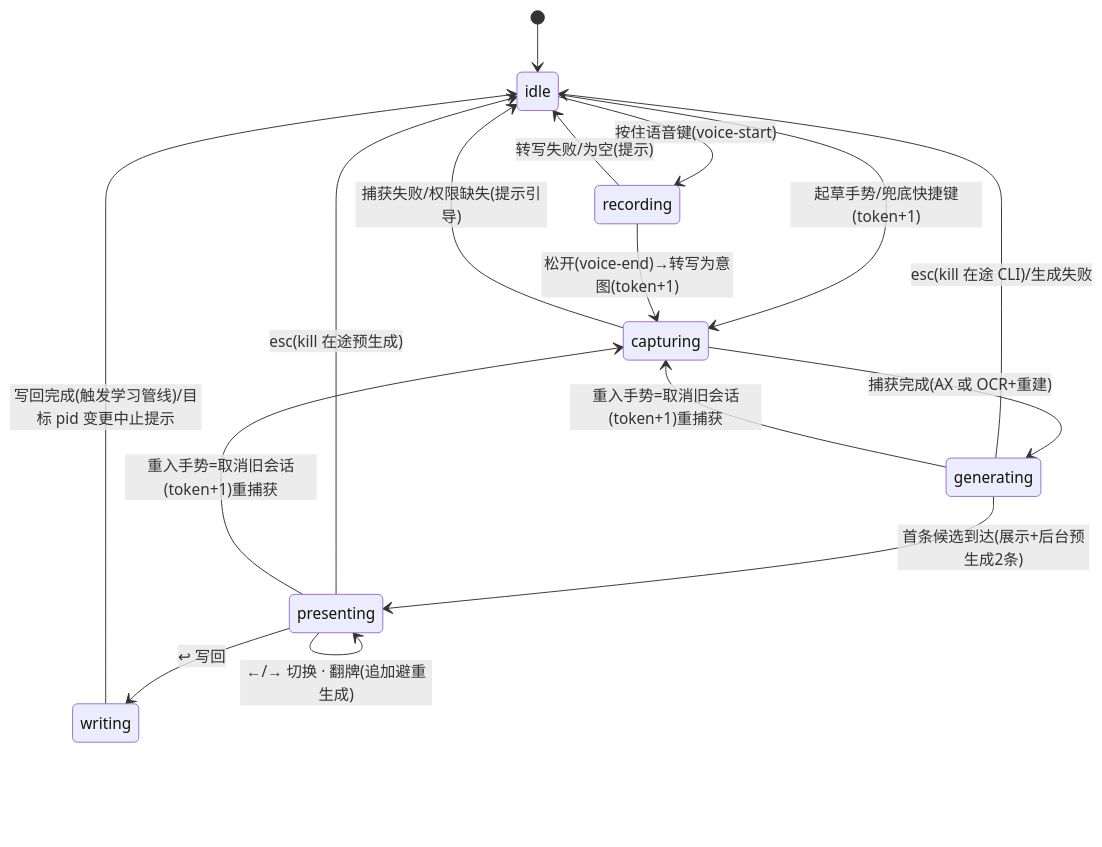
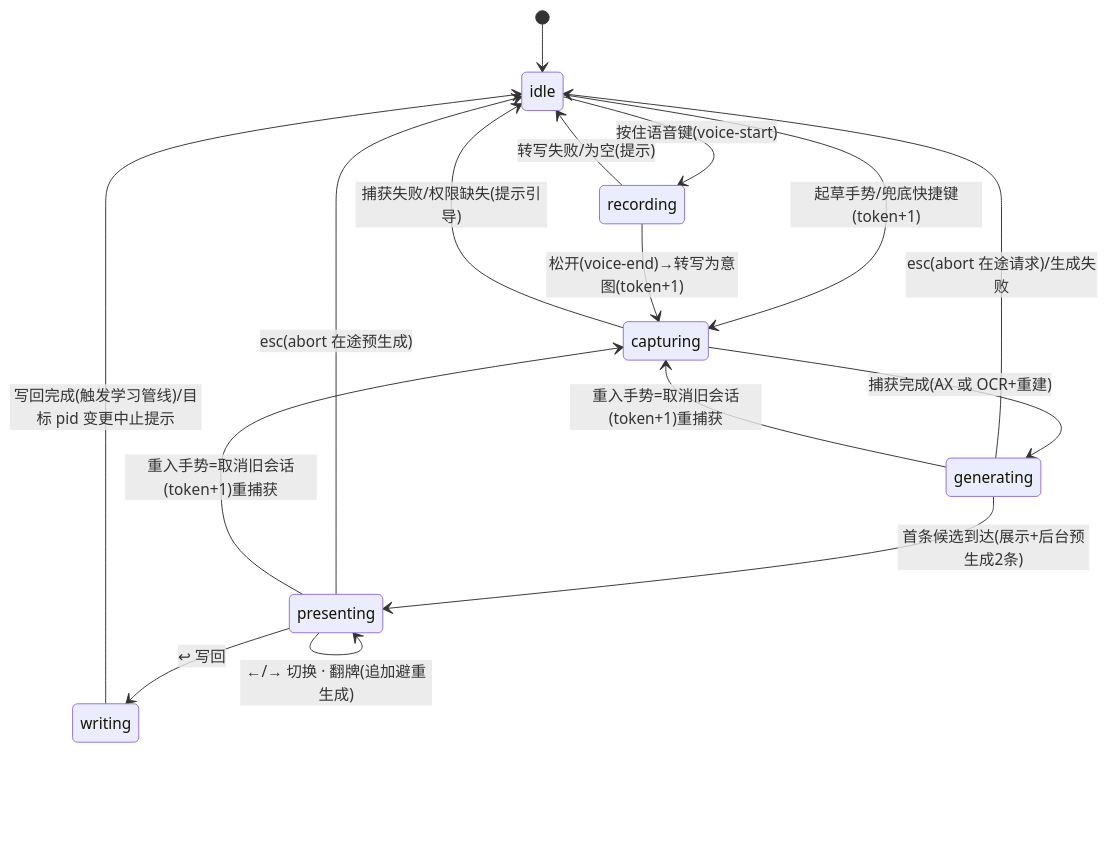
Before and after one commit to rambocode/cortex-work: the second of 2 diagrams in docs/plans/2026-07-03-001-feat-reply-assistant-migration-plan.md, drawn with Mermaid. The commit also changed other lines of this file, not shown here.

````diff
--- a/docs/plans/2026-07-03-001-feat-reply-assistant-migration-plan.md
+++ b/docs/plans/2026-07-03-001-feat-reply-assistant-migration-plan.md
@@ -103,18 +103,18 @@
 ```mermaid
 stateDiagram-v2
   [*] --> idle
   idle --> capturing: 起草手势/兜底快捷键(token+1)
   idle --> recording: 按住语音键(voice-start)
   recording --> capturing: 松开(voice-end)→转写为意图(token+1)
   recording --> idle: 转写失败/为空(提示)
   capturing --> generating: 捕获完成(AX 或 OCR+重建)
   capturing --> idle: 捕获失败/权限缺失(提示引导)
   generating --> presenting: 首条候选到达(展示+后台预生成2条)
-  generating --> idle: esc(kill 在途 CLI)/生成失败
+  generating --> idle: esc(abort 在途请求)/生成失败
   presenting --> presenting: ←/→ 切换 · 翻牌(追加避重生成)
   presenting --> writing: ↩ 写回
-  presenting --> idle: esc(kill 在途预生成)
+  presenting --> idle: esc(abort 在途预生成)
   writing --> idle: 写回完成(触发学习管线)/目标 pid 变更中止提示
   generating --> capturing: 重入手势=取消旧会话(token+1)重捕获
   presenting --> capturing: 重入手势=取消旧会话(token+1)重捕获
 ```
````
